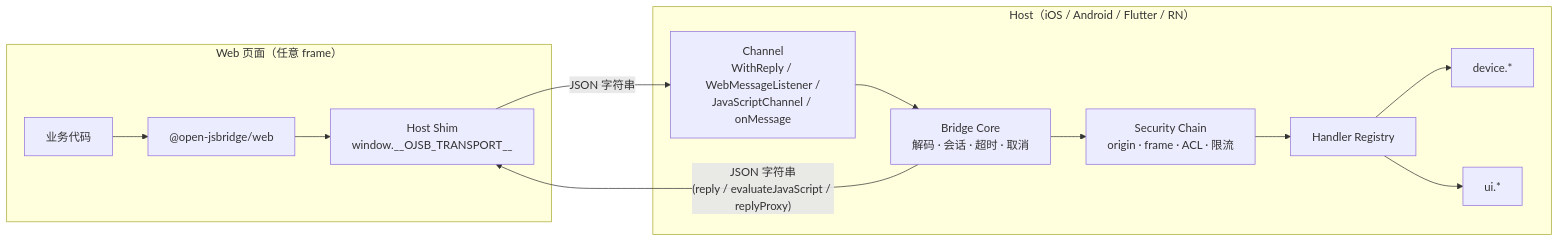
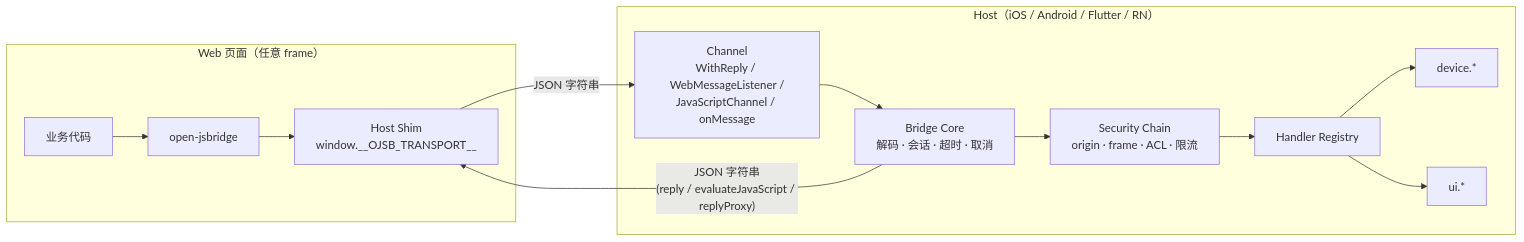
Before and after one commit to Josp3r/open-jsbridge: the first of 6 diagrams in docs/protocol.md, drawn with Mermaid. The commit also changed other lines of this file and 13 other files, not shown here.

Commit message:
feat(web-sdk): package open-jsbridge for npm installation

````diff
--- a/docs/protocol.md
+++ b/docs/protocol.md
@@ -8,16 +8,16 @@
 ```mermaid
 flowchart LR
   subgraph Web["Web 页面（任意 frame）"]
-    APP[业务代码] --> SDK["@open-jsbridge/web"]
+    APP[业务代码] --> SDK["open-jsbridge"]
     SDK --> SHIM["Host Shim<br/>window.__OJSB_TRANSPORT__"]
   end
   subgraph Host["Host（iOS / Android / Flutter / RN）"]
     CH[Channel<br/>WithReply / WebMessageListener /<br/>JavaScriptChannel / onMessage] --> CORE[Bridge Core<br/>解码 · 会话 · 超时 · 取消]
     CORE --> SEC[Security Chain<br/>origin · frame · ACL · 限流]
     SEC --> REG[Handler Registry]
     REG --> H1["device.*"]
     REG --> H2["ui.*"]
   end
   SHIM -- "JSON 字符串" --> CH
   CORE -- "JSON 字符串<br/>(reply / evaluateJavaScript / replyProxy)" --> SHIM
 ```
````
